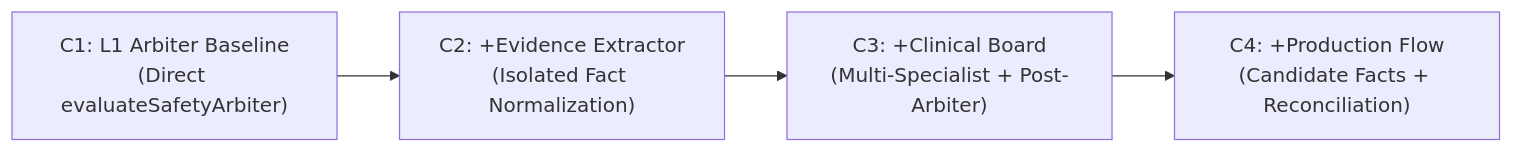
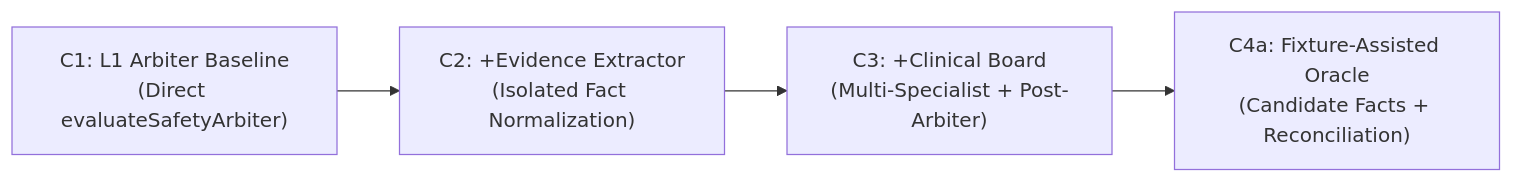
One commit to PuneethPujala/ai-medical-voice-agent changed the first of 2 diagrams in eval/governance/PHASE2B_ABLATION_REPORT.md. Above: the diagram before and after it, drawn with Mermaid. The commit also changed other lines of this file and 8 other files, not shown here.

Commit message:
fix(eval): reconcile Phase 2B oracle-assisted C4a reporting, downplay invariant verification, and implement CER with enhanced CSTE semantics

````diff
--- a/eval/governance/PHASE2B_ABLATION_REPORT.md
+++ b/eval/governance/PHASE2B_ABLATION_REPORT.md
@@ -26,6 +26,6 @@
 ```mermaid
 flowchart LR
     C1["C1: L1 Arbiter Baseline\n(Direct evaluateSafetyArbiter)"] --> C2["C2: +Evidence Extractor\n(Isolated Fact Normalization)"]
     C2 --> C3["C3: +Clinical Board\n(Multi-Specialist + Post-Arbiter)"]
-    C3 --> C4["C4: +Production Flow\n(Candidate Facts + Reconciliation)"]
+    C3 --> C4["C4a: Fixture-Assisted Oracle\n(Candidate Facts + Reconciliation)"]
 ```
````
